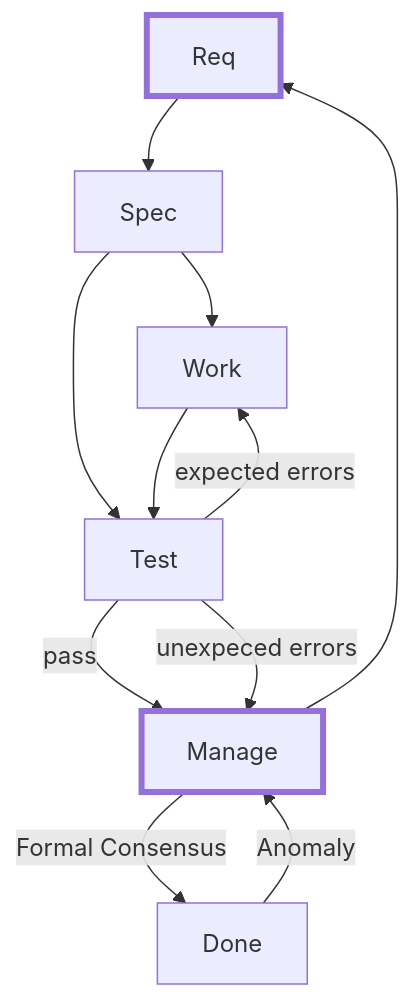
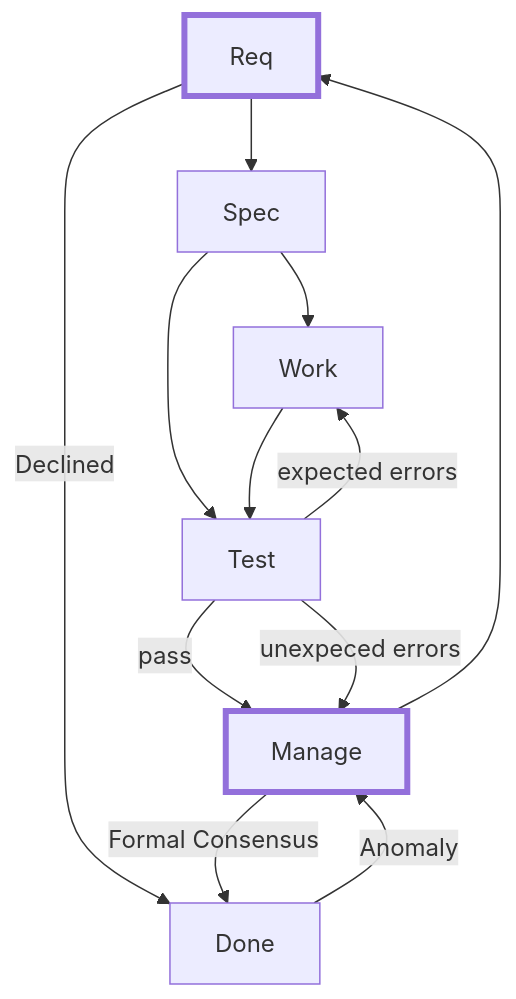
Before and after one commit to sc-voice/nx-scv: the diagram in pkg/nameforma/doc/task-action.md, drawn with Mermaid. The commit also changed 9 other files, not shown here.

First line of the commit message:
feat: add task progress tracking and req→done transition

````diff
--- a/pkg/nameforma/doc/task-action.md
+++ b/pkg/nameforma/doc/task-action.md
@@ -13,21 +13,22 @@
 ```mermaid
 graph TD
     Req --> Spec
+    Req --> |Declined| Done
 
     Spec --> Work
     Spec --> Test
     
     Work --> Test
     
     Test -->|expected errors| Work
     Test -->|pass| Manage
     Test -->|unexpeced errors| Manage
     
     Manage --> Req
     Manage --> |Formal Consensus| Done
     
     Done --> |Anomaly| Manage
 
     classDef strategic stroke-width:4px
     class Req,Manage strategic
 ```
````
